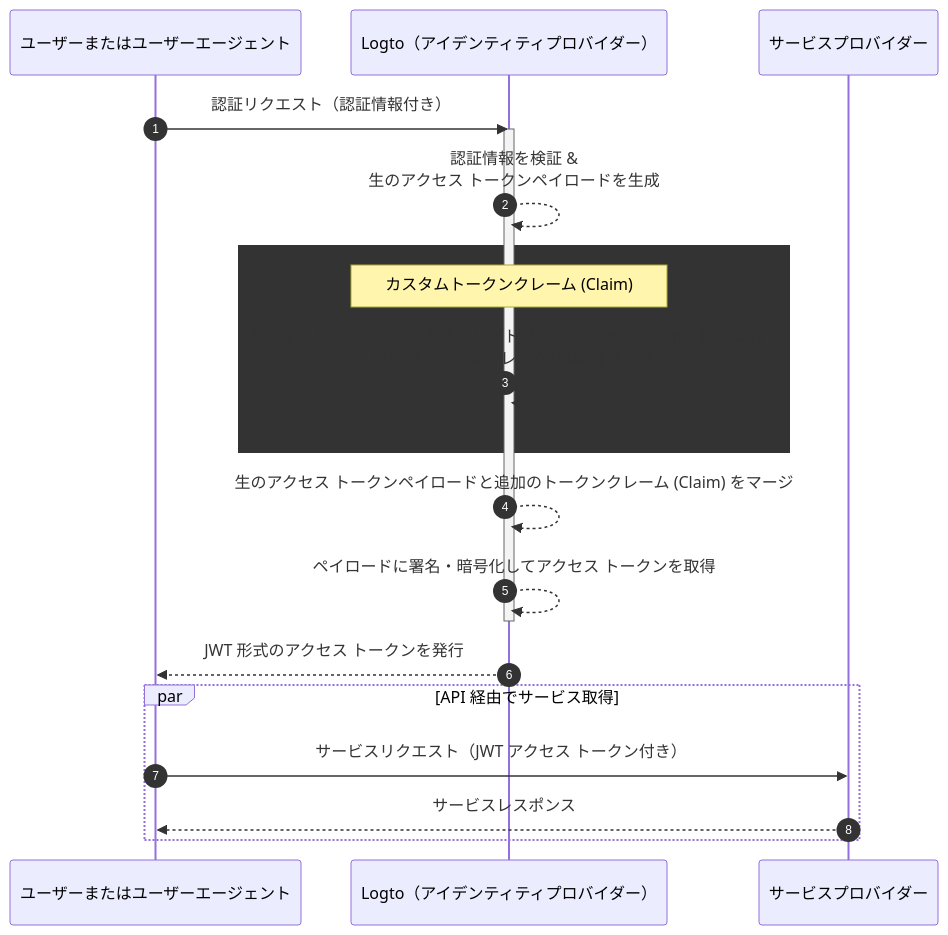
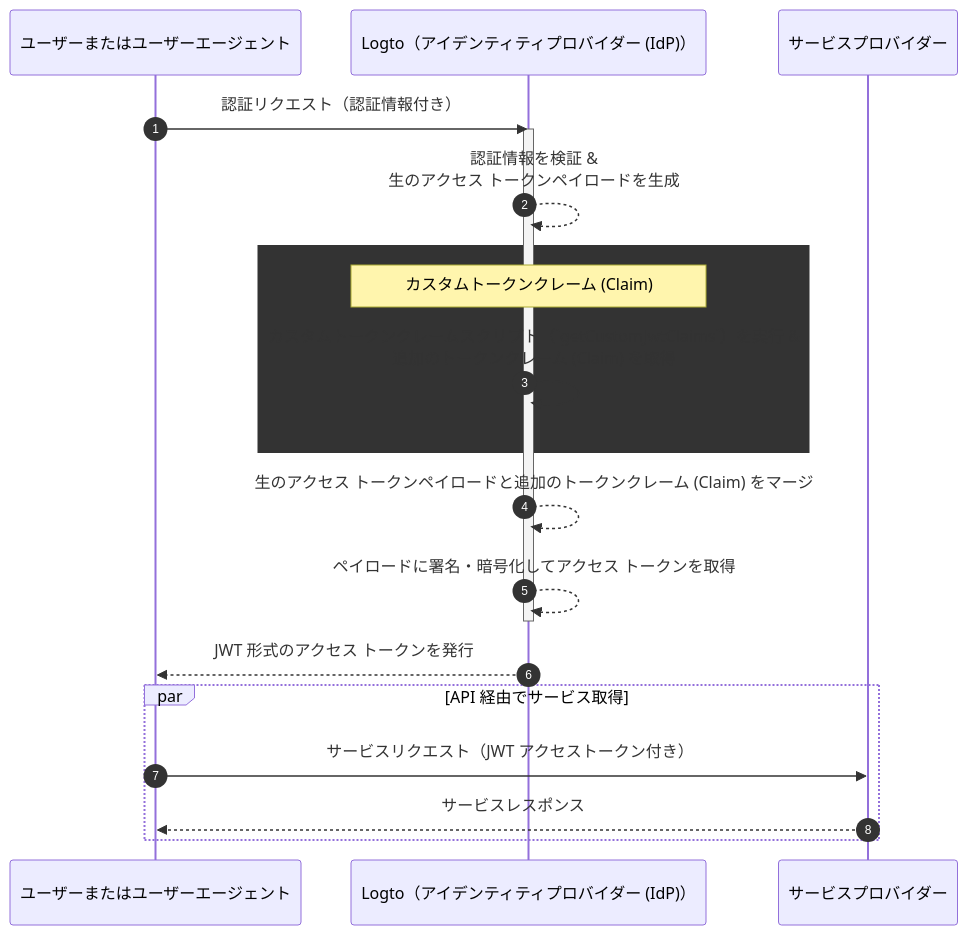
Before and after one commit to logto-io/docs: the diagram in i18n/ja/docusaurus-plugin-content-docs/current/developers/custom-token-claims/README.mdx, drawn with Mermaid. The commit also changed other lines of this file and 8 other files, not shown here.

````diff
--- a/i18n/ja/docusaurus-plugin-content-docs/current/developers/custom-token-claims/README.mdx
+++ b/i18n/ja/docusaurus-plugin-content-docs/current/developers/custom-token-claims/README.mdx
@@ -26,23 +26,23 @@
 ```mermaid
 sequenceDiagram
   participant U as ユーザーまたはユーザーエージェント
-  participant IdP as Logto（アイデンティティプロバイダー）
+  participant IdP as Logto（アイデンティティプロバイダー (IdP)）
   participant SP as サービスプロバイダー
 
   autonumber
   U ->> IdP: 認証リクエスト（認証情報付き）
   activate IdP
   IdP-->>IdP: 認証情報を検証 &<br/>生のアクセス トークンペイロードを生成
   rect var(--mermaid-rect-fill)
   note over IdP: カスタムトークンクレーム (Claim)
   IdP->>IdP: カスタムトークンクレームスクリプト（`getCustomJwtClaims`）を実行 &<br/>追加のトークンクレーム (Claim) を取得
   end
   IdP-->>IdP: 生のアクセス トークンペイロードと追加のトークンクレーム (Claim) をマージ
   IdP-->>IdP: ペイロードに署名・暗号化してアクセス トークンを取得
   deactivate IdP
   IdP-->>U: JWT 形式のアクセス トークンを発行
   par API 経由でサービス取得
-  U->>SP: サービスリクエスト（JWT アクセス トークン付き）
+  U->>SP: サービスリクエスト（JWT アクセストークン付き）
   SP-->>U: サービスレスポンス
   end
 ```
````
